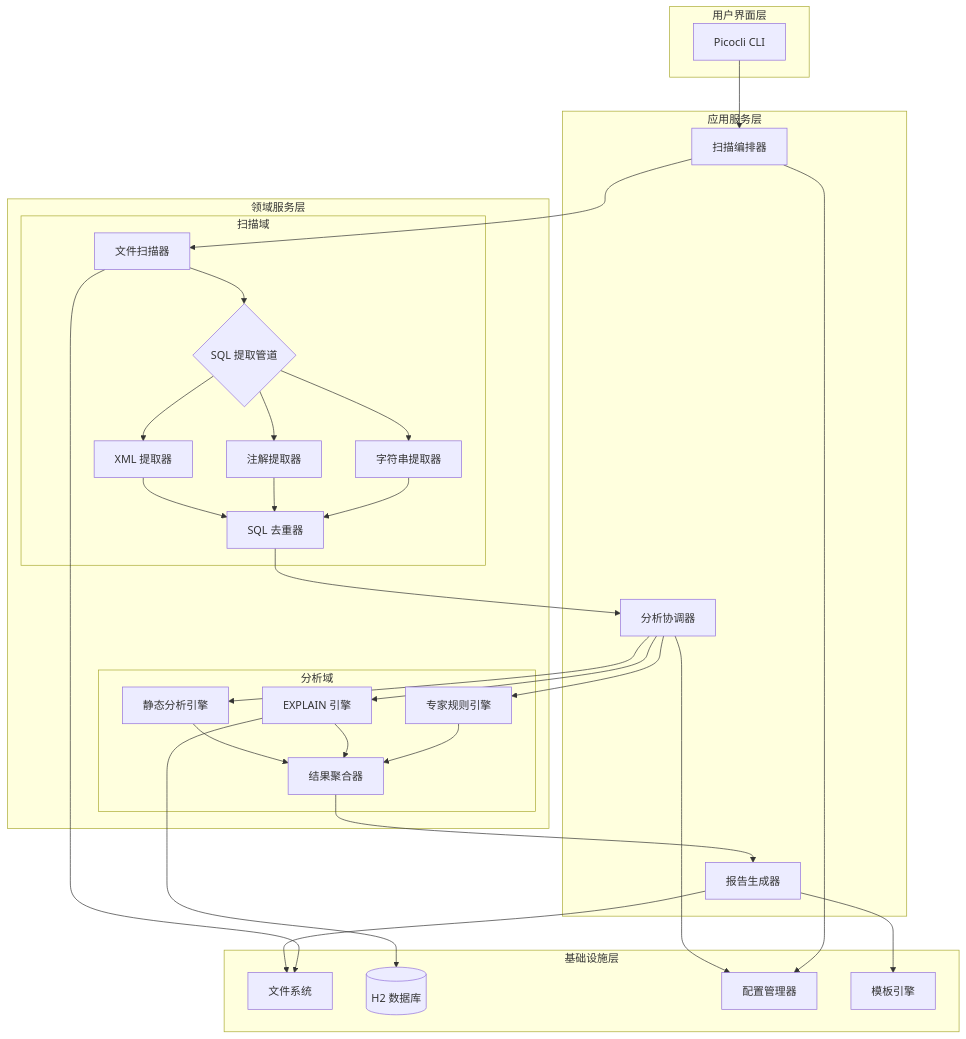
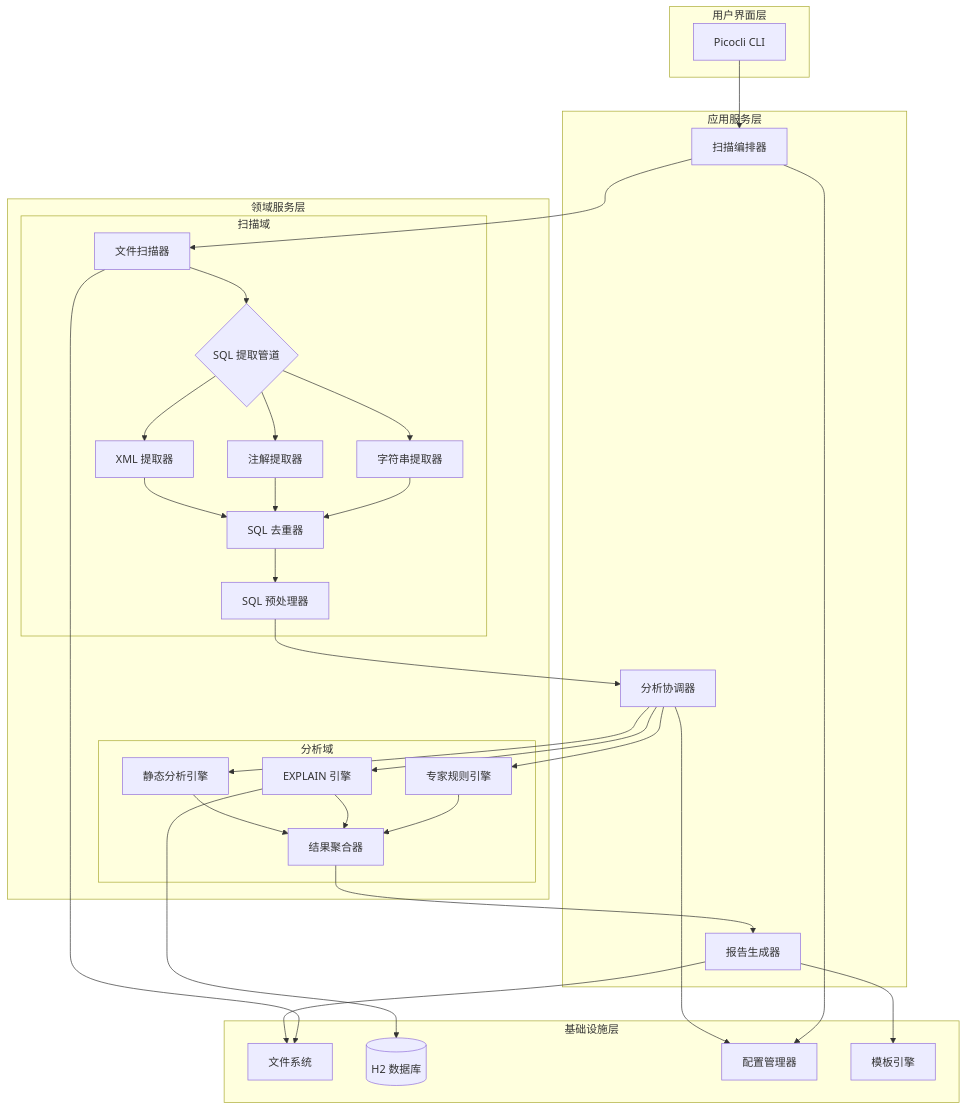
One commit to pellaci/specturm-sql-cc changed the seventh of 10 diagrams in docs/sql-checker-add.md. Above: the diagram before and after it, drawn with Mermaid. The commit also changed other lines of this file and 111 other files, not shown here.

````diff
--- a/docs/sql-checker-add.md
+++ b/docs/sql-checker-add.md
@@ -553,64 +572,65 @@
 ```mermaid
 flowchart TB
     subgraph "用户界面层"
         CLI[Picocli CLI]
     end
 
     subgraph "应用服务层"
         Orchestrator[扫描编排器]
         Coordinator[分析协调器]
         Reporter[报告生成器]
     end
 
     subgraph "领域服务层"
         subgraph "扫描域"
             Scanner[文件扫描器]
             ExtractorPipeline{SQL 提取管道}
             XmlExtractor[XML 提取器]
             AnnotationExtractor[注解提取器]
             StringExtractor[字符串提取器]
             Deduplicator[SQL 去重器]
+            Preprocessor[SQL 预处理器]
         end
 
         subgraph "分析域"
             StaticAnalyzer[静态分析引擎]
             ExplainEngine[EXPLAIN 引擎]
             ExpertEngine[专家规则引擎]
             ResultAggregator[结果聚合器]
         end
     end
 
     subgraph "基础设施层"
         FS[文件系统]
         DB[(H2 数据库)]
         Config[配置管理器]
         Template[模板引擎]
     end
 
     CLI --> Orchestrator
     Orchestrator --> Scanner
     Scanner --> ExtractorPipeline
     ExtractorPipeline --> XmlExtractor
     ExtractorPipeline --> AnnotationExtractor
     ExtractorPipeline --> StringExtractor
     XmlExtractor --> Deduplicator
     AnnotationExtractor --> Deduplicator
     StringExtractor --> Deduplicator
-
-    Deduplicator --> Coordinator
+    Deduplicator --> Preprocessor
+    Preprocessor --> Coordinator
     Coordinator --> StaticAnalyzer
     Coordinator --> ExplainEngine
     Coordinator --> ExpertEngine
     StaticAnalyzer --> ResultAggregator
     ExplainEngine --> ResultAggregator
     ExpertEngine --> ResultAggregator
 
     ResultAggregator --> Reporter
     Reporter --> Template
     Reporter --> FS
 
     Scanner --> FS
     ExplainEngine --> DB
     Coordinator --> Config
     Orchestrator --> Config
 ```
````
